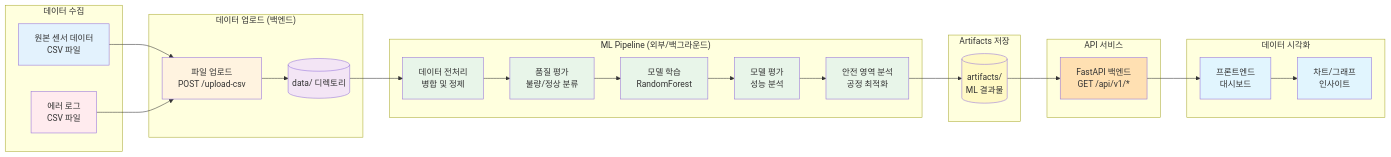
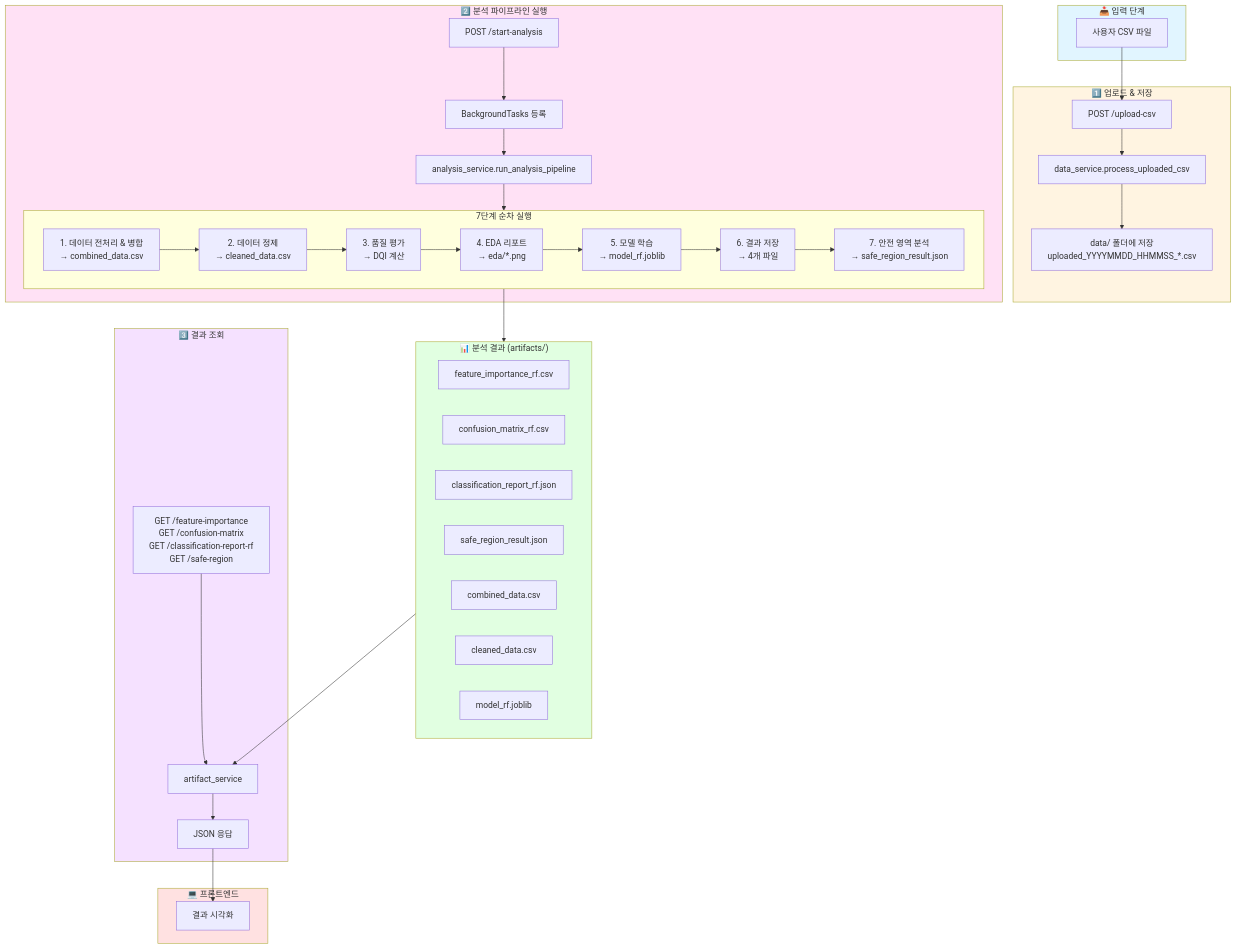
Before and after one commit to KNU-TEAM5/capstone2_BE: the first of 9 diagrams in docs/data-flow-diagram.md, drawn with Mermaid. The commit also changed other lines of this file, not shown here.

Commit message:
docs: 데이터 플로우 다이어그램

````diff
--- a/docs/data-flow-diagram.md
+++ b/docs/data-flow-diagram.md
@@ -7,63 +5,77 @@
 ```mermaid
-flowchart LR
-    subgraph "데이터 수집"
-        RAW[원본 센서 데이터<br/>CSV 파일]
-        ERROR[에러 로그<br/>CSV 파일]
+flowchart TB
+    subgraph Input["📥 입력 단계"]
+        A[사용자 CSV 파일]
     end
 
-    subgraph "데이터 업로드 (백엔드)"
-        UPLOAD[파일 업로드<br/>POST /upload-csv]
-        STORAGE[(data/ 디렉토리)]
+    subgraph Upload["1️⃣ 업로드 & 저장"]
+        B[POST /upload-csv]
+        C[data_service.process_uploaded_csv]
+        D[data/ 폴더에 저장<br/>uploaded_YYYYMMDD_HHMMSS_*.csv]
     end
 
-    subgraph "ML Pipeline (외부/백그라운드)"
-        PREPROCESS[데이터 전처리<br/>병합 및 정제]
-        QUALITY[품질 평가<br/>불량/정상 분류]
-        TRAIN[모델 학습<br/>RandomForest]
-        EVAL[모델 평가<br/>성능 분석]
-        SAFE[안전 영역 분석<br/>공정 최적화]
+    subgraph Analysis["2️⃣ 분석 파이프라인 실행"]
+        E[POST /start-analysis]
+        F[BackgroundTasks 등록]
+        G[analysis_service.run_analysis_pipeline]
+
+        subgraph Pipeline["7단계 순차 실행"]
+            G1[1. 데이터 전처리 & 병합<br/>→ combined_data.csv]
+            G2[2. 데이터 정제<br/>→ cleaned_data.csv]
+            G3[3. 품질 평가<br/>→ DQI 계산]
+            G4[4. EDA 리포트<br/>→ eda/*.png]
+            G5[5. 모델 학습<br/>→ model_rf.joblib]
+            G6[6. 결과 저장<br/>→ 4개 파일]
+            G7[7. 안전 영역 분석<br/>→ safe_region_result.json]
+        end
     end
 
-    subgraph "Artifacts 저장"
-        ART[(artifacts/<br/>ML 결과물)]
+    subgraph Artifacts["📊 분석 결과 (artifacts/)"]
+        H1[feature_importance_rf.csv]
+        H2[confusion_matrix_rf.csv]
+        H3[classification_report_rf.json]
+        H4[safe_region_result.json]
+        H5[combined_data.csv]
+        H6[cleaned_data.csv]
+        H7[model_rf.joblib]
     end
 
-    subgraph "API 서비스"
-        API[FastAPI 백엔드<br/>GET /api/v1/*]
+    subgraph Query["3️⃣ 결과 조회"]
+        I[GET /feature-importance<br/>GET /confusion-matrix<br/>GET /classification-report-rf<br/>GET /safe-region]
+        J[artifact_service]
+        K[JSON 응답]
     end
 
-    subgraph "데이터 시각화"
-        DASH[프론트엔드<br/>대시보드]
-        CHART[차트/그래프<br/>인사이트]
+    subgraph Frontend["💻 프론트엔드"]
+        L[결과 시각화]
     end
 
-    %% 데이터 흐름
-    RAW --> UPLOAD
-    ERROR --> UPLOAD
-    UPLOAD --> STORAGE
+    A --> B
+    B --> C
+    C --> D
 
-    STORAGE --> PREPROCESS
-    PREPROCESS --> QUALITY
-    QUALITY --> TRAIN
-    TRAIN --> EVAL
-    EVAL --> SAFE
-    SAFE --> ART
+    E --> F
+    F --> G
+    G --> Pipeline
 
-    ART --> API
-    API --> DASH
-    DASH --> CHART
+    G1 --> G2
+    G2 --> G3
+    G3 --> G4
+    G4 --> G5
+    G5 --> G6
+    G6 --> G7
 
-    style RAW fill:#e3f2fd
-    style ERROR fill:#ffebee
-    style UPLOAD fill:#fff3e0
-    style STORAGE fill:#f3e5f5
-    style PREPROCESS fill:#e8f5e9
-    style QUALITY fill:#e8f5e9
-    style TRAIN fill:#e8f5e9
-    style EVAL fill:#e8f5e9
-    style SAFE fill:#e8f5e9
-    style ART fill:#fff9c4
-    style API fill:#ffe0b2
-    style DASH fill:#e1f5fe
-    style CHART fill:#e1f5fe
+    Pipeline --> Artifacts
+
+    Artifacts --> J
+    I --> J
+    J --> K
+    K --> L
+
+    style Input fill:#e1f5ff
+    style Upload fill:#fff4e1
+    style Analysis fill:#ffe1f5
+    style Artifacts fill:#e1ffe1
+    style Query fill:#f5e1ff
+    style Frontend fill:#ffe1e1
 ```
````
